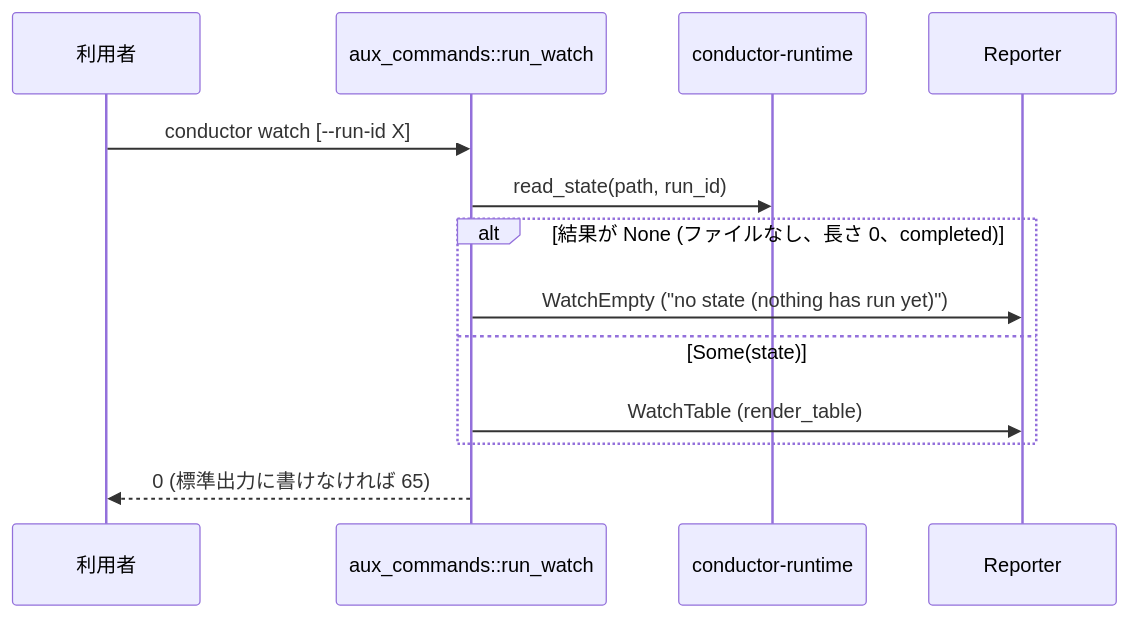
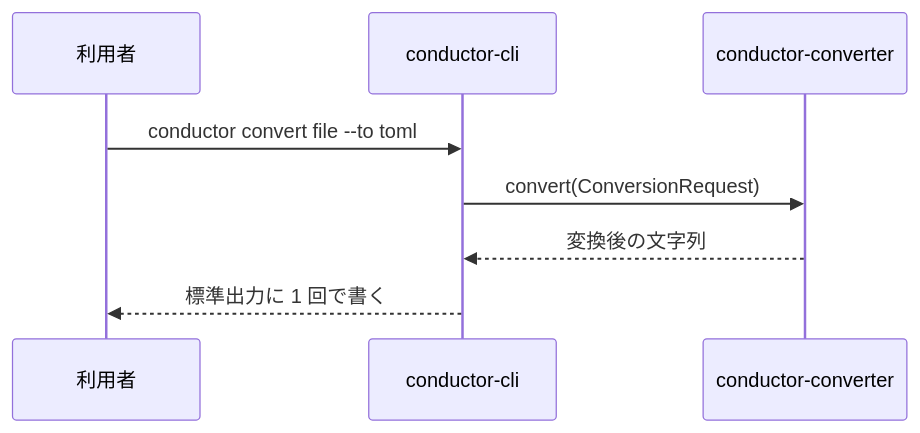
Before and after one commit to agwlvssainokuni/rust-job-conductor: the third of 3 diagrams in aidlc/spaces/default/codekb/rust-job-conductor/architecture.md, drawn with Mermaid. The commit also changed other lines of this file and 17 other files, not shown here.

````diff
--- a/aidlc/spaces/default/codekb/rust-job-conductor/architecture.md
+++ b/aidlc/spaces/default/codekb/rust-job-conductor/architecture.md
@@ -81,15 +70,10 @@
 ```mermaid
 sequenceDiagram
-    participant U as 利用者
-    participant W as aux_commands::run_watch
-    participant RT as conductor-runtime
-    participant R as Reporter
-    U->>W: conductor watch [--run-id X]
-    W->>RT: read_state(path, run_id)
-    alt 結果が None (ファイルなし、長さ 0、completed)
-        W->>R: WatchEmpty ("no state (nothing has run yet)")
-    else Some(state)
-        W->>R: WatchTable (render_table)
-    end
-    W-->>U: 0 (標準出力に書けなければ 65)
+  participant U as 利用者
+  participant CLI as conductor-cli
+  participant CONV as conductor-converter
+  U->>CLI: conductor convert file --to toml
+  CLI->>CONV: convert(ConversionRequest)
+  CONV-->>CLI: 変換後の文字列
+  CLI-->>U: 標準出力に 1 回で書く
 ```
````
